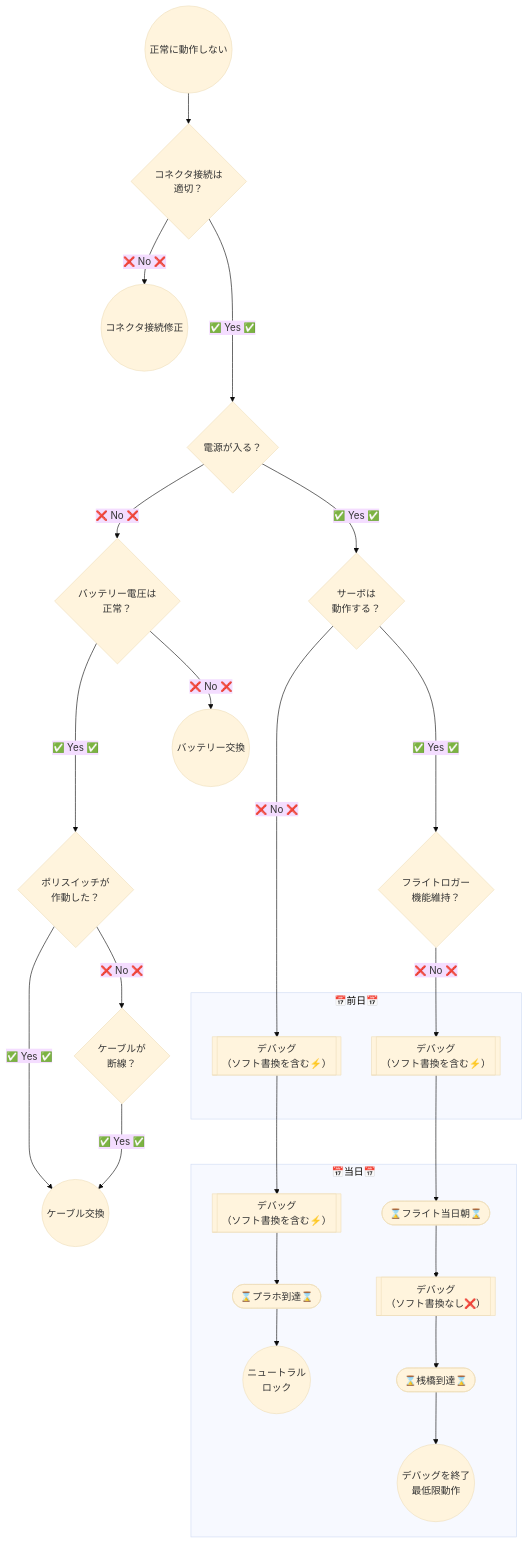
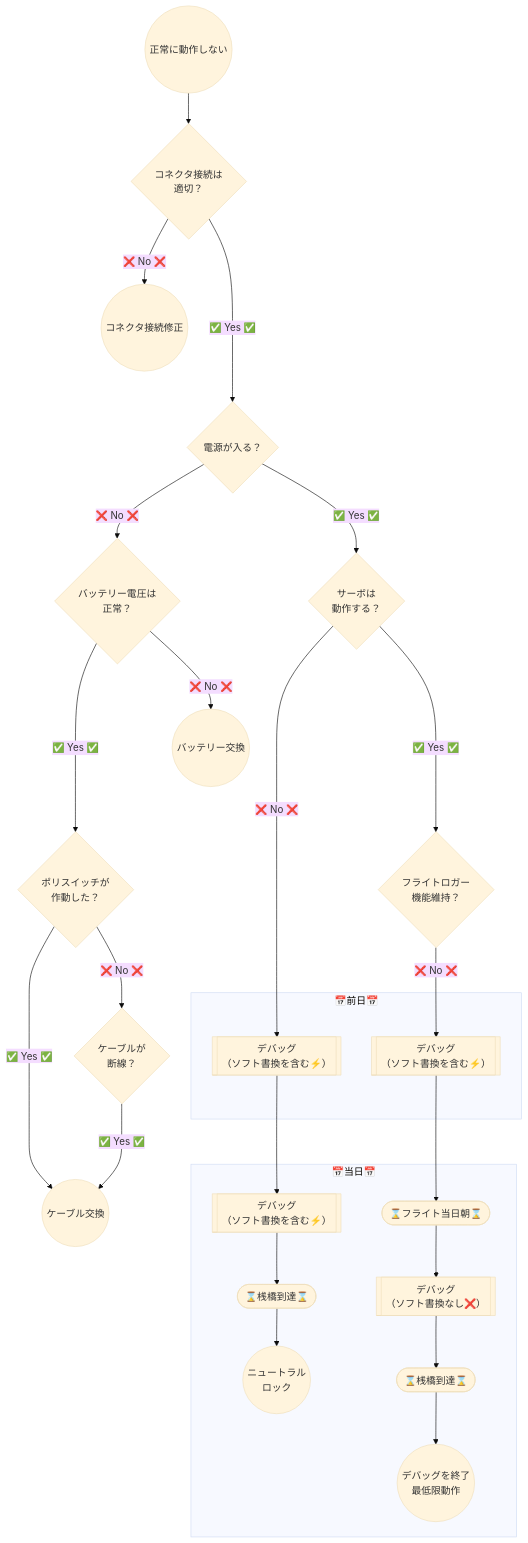
Before and after one commit to torica-org/electronics-blog: the third of 5 diagrams in docs/works/2026-avionics.md, drawn with Mermaid (base theme). The commit also changed other lines of this file, not shown here.

```diff
--- a/docs/works/2026-avionics.md
+++ b/docs/works/2026-avionics.md
@@ -142,56 +142,56 @@
 <pre class="mermaid" style="background-color:white;">
 flowchart TD
     error(("正常に動作しない"))
     power{"電源が入る？"}
     conn{"コネクタ接続は<br>適切？"}
     connFix(("コネクタ接続修正"))
 
     lipo{"バッテリー電圧は<br>正常？"}
     lipoReplace(("バッテリー交換"))
 
     poli{"ポリスイッチが<br>作動した？"}
     cableBreak{"ケーブルが<br>断線？"}
     cableReplace(("ケーブル交換"))
 
 
     servo{"サーボは<br>動作する？"}
 
     log{"フライトロガー<br>機能維持？"}
 
 
 
     subgraph theDayBefore["📅前日📅"]
         debugServo1[["デバッグ<br>（ソフト書換を含む⚡️）"]]
         debugLogger[["デバッグ<br>（ソフト書換を含む⚡️）"]]
     end
 
     subgraph thatDay["📅当日📅"]
         debugServo2[["デバッグ<br>（ソフト書換を含む⚡️）"]]
         noSoft[["デバッグ<br>（ソフト書換なし❌️）"]]
         morning(["⌛️フライト当日朝⌛️"])
         dock(["⌛️桟橋到達⌛️"])
-        platform(["⌛️プラホ到達⌛️"])
+        dockServo(["⌛️桟橋到達⌛️"])
         giveUp(("デバッグを終了<br>最低限動作"))
         lock(("ニュートラル<br>ロック"))
     end
 
     error --> conn
     conn -- "❌️ No ❌️" --> connFix
     conn -- "✅️ Yes ✅️" ---> power
 
     power -- "❌️ No ❌️" --> lipo
     lipo -- "✅️ Yes ✅️" ---> poli
     poli -- "✅️ Yes ✅️" ---> cableReplace
     poli -- "❌️ No ❌️" --> cableBreak 
     cableBreak -- "✅️ Yes ✅️" --> cableReplace
 
     lipo -- "❌️ No ❌️" --> lipoReplace
     
     power -- "✅️ Yes ✅️" --> servo
 
-    servo -- "❌️ No ❌️" --> debugServo1 --> debugServo2 --> platform --> lock
+    servo -- "❌️ No ❌️" --> debugServo1 --> debugServo2 --> dockServo--> lock
     servo -- "✅️ Yes ✅️" ---> log
 
     log -- "❌️ No ❌️" --> debugLogger --> morning --> noSoft --> dock --> giveUp
 
 </pre>
```
